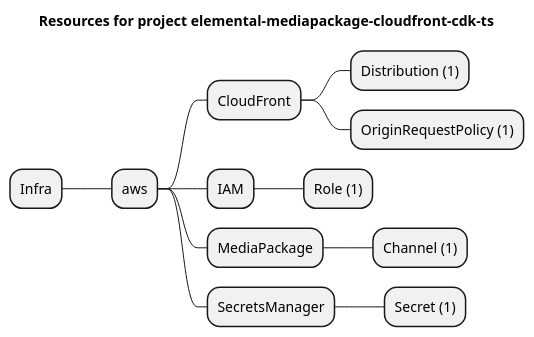
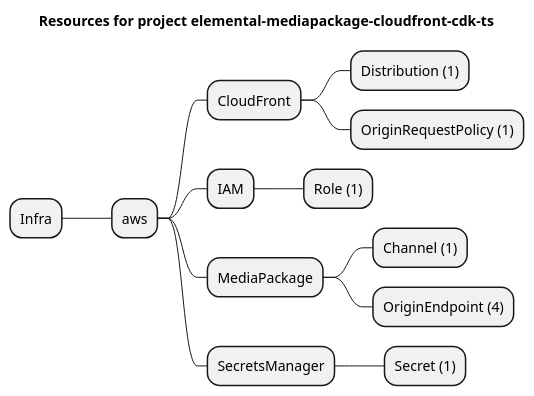
The diagram in examples/aws/MediaPackage/elemental-mediapackage-cloudfront-cdk-ts/artifacts/resources-mindmap.puml (grucloud/grucloud), drawn with PlantUML before and after one commit. The commit also changed 21 other files, not shown here.

```diff
--- a/examples/aws/MediaPackage/elemental-mediapackage-cloudfront-cdk-ts/artifacts/resources-mindmap.puml
+++ b/examples/aws/MediaPackage/elemental-mediapackage-cloudfront-cdk-ts/artifacts/resources-mindmap.puml
@@ -1,15 +1,16 @@
 @startmindmap
 title Resources for project elemental-mediapackage-cloudfront-cdk-ts
 skinparam monochrome true
 + Infra
 ++ aws
 +++ CloudFront
 ++++ Distribution (1)
 ++++ OriginRequestPolicy (1)
 +++ IAM
 ++++ Role (1)
 +++ MediaPackage
 ++++ Channel (1)
+++++ OriginEndpoint (4)
 +++ SecretsManager
 ++++ Secret (1)
 @endmindmap
```
